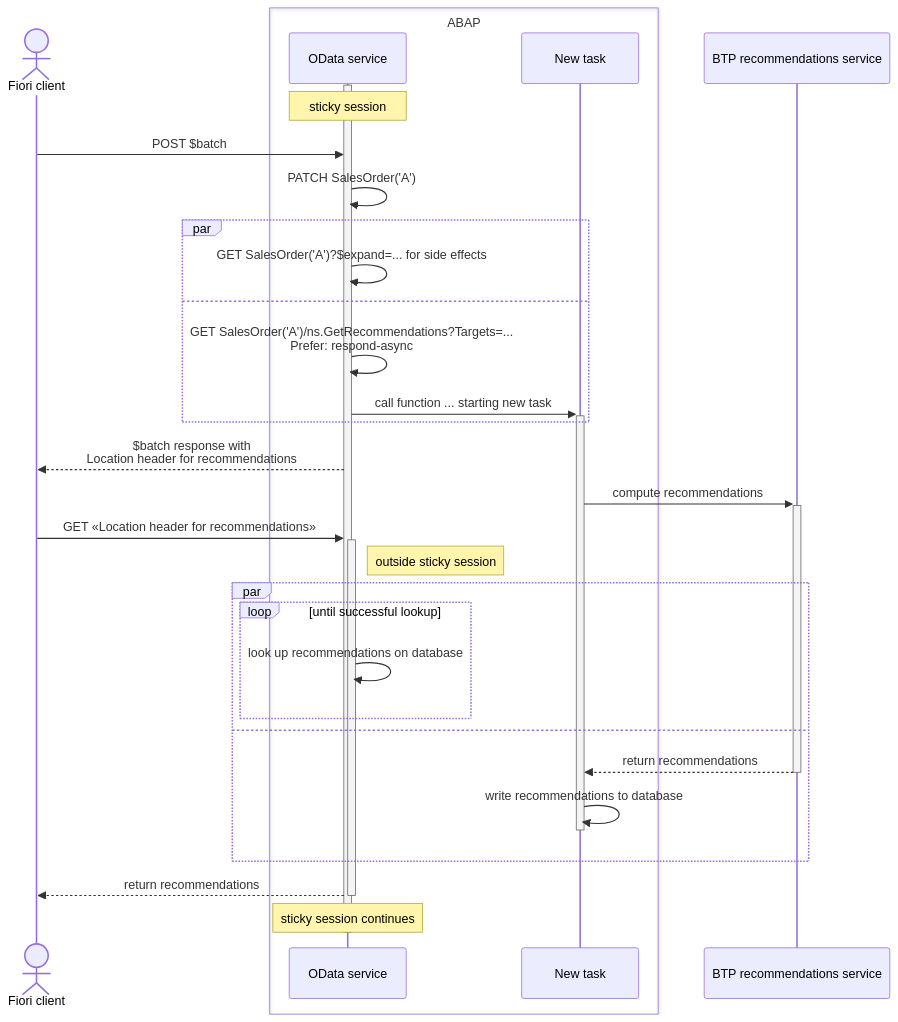
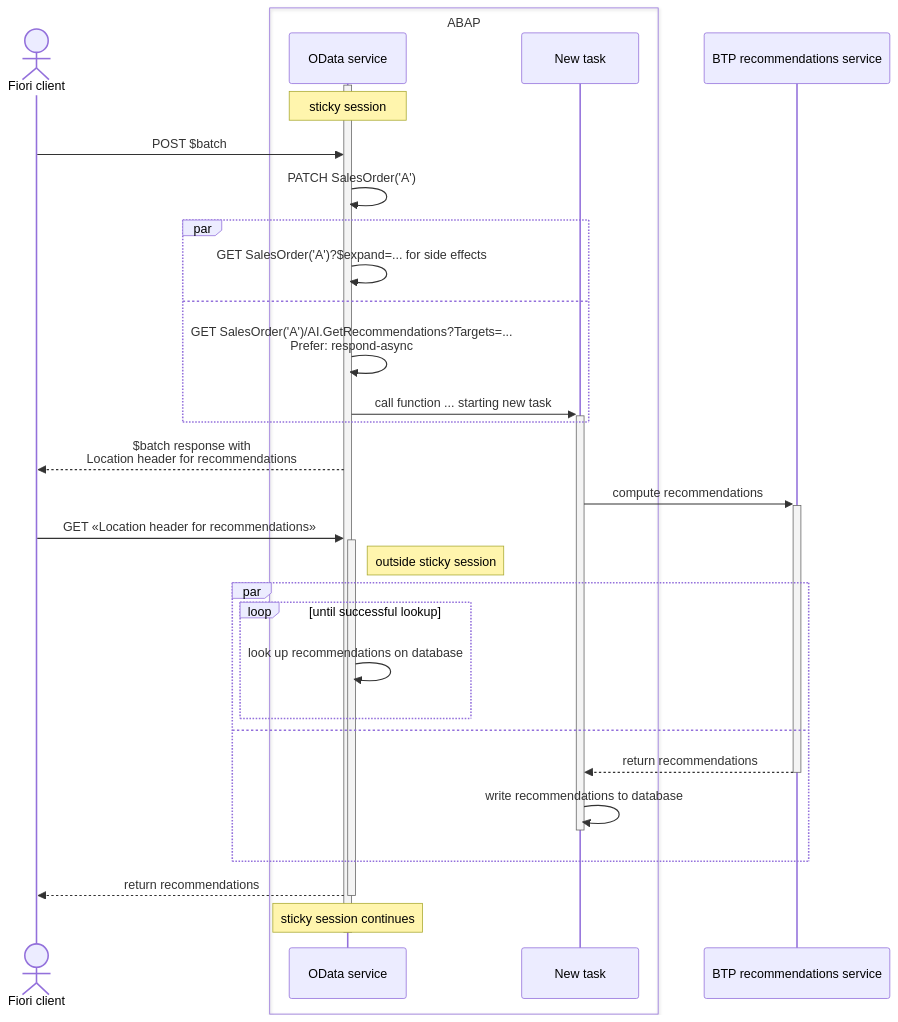
The first of 3 diagrams in docs/recommendations.md (SAP/odata-vocabularies), drawn with Mermaid before and after one commit.

Commit message:
namespace AI

````diff
--- a/docs/recommendations.md
+++ b/docs/recommendations.md
@@ -3,35 +3,35 @@
 ```mermaid
 sequenceDiagram
   actor client as Fiori client
   box ABAP
     participant server as OData service
     participant task as New task
   end
   participant AI as BTP recommendations service
   activate server
   note over server: sticky session
   client ->> server: POST $batch
   server ->> server: PATCH SalesOrder('A')
   par
     server ->> server: GET SalesOrder('A')?$expand=... for side effects
   and
-    server ->> server: GET SalesOrder('A')/ns.GetRecommendations?Targets=...<br>Prefer: respond-async
+    server ->> server: GET SalesOrder('A')/AI.GetRecommendations?Targets=...<br>Prefer: respond-async
     server ->>+ task: call function ... starting new task
   end
   server -->> client: $batch response with<br>Location header for recommendations
   task ->>+ AI: compute recommendations
   client ->>+ server: GET «Location header for recommendations»
   note right of server: outside sticky session
   par
     loop until successful lookup
       server ->> server: look up recommendations on database
     end
   and
     AI -->>- task: return recommendations
     task ->> task: write recommendations to database
     deactivate task
   end
   server -->>- client: return recommendations
   note over server: sticky session continues
   deactivate server
 ```
````
